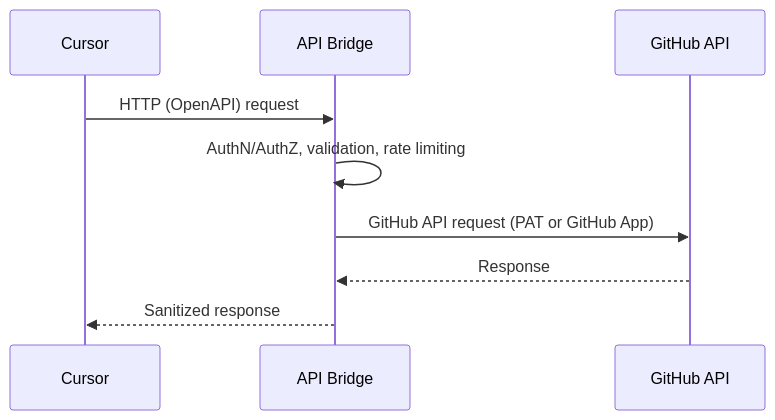
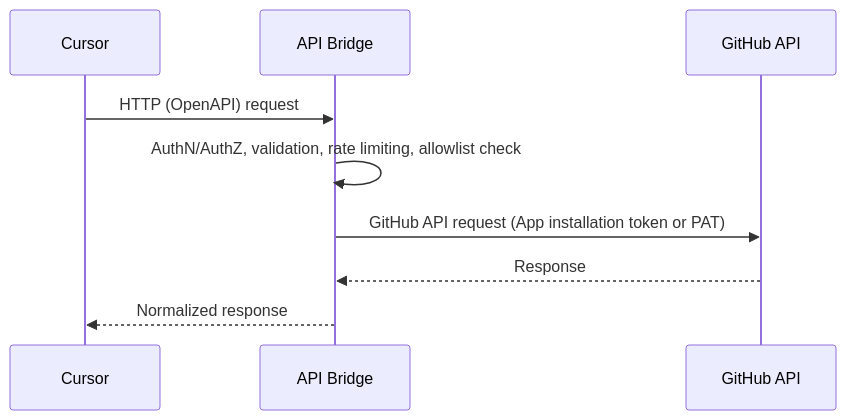
The diagram in docs/ARCHITECTURE.md (mGavryshchuk/GitHub_Connector), drawn with Mermaid before and after one commit. The commit also changed other lines of this file and 9 other files, not shown here.

Commit message:
feat(api): FastAPI PAT-based bridge skeleton with OpenAPI, Dockerfile, and config

````diff
--- a/docs/ARCHITECTURE.md
+++ b/docs/ARCHITECTURE.md
@@ -10,11 +10,11 @@
 ```mermaid
 sequenceDiagram
   participant C as Cursor
   participant B as API Bridge
   participant G as GitHub API
   C->>B: HTTP (OpenAPI) request
-  B->>B: AuthN/AuthZ, validation, rate limiting
-  B->>G: GitHub API request (PAT or GitHub App)
+  B->>B: AuthN/AuthZ, validation, rate limiting, allowlist check
+  B->>G: GitHub API request (App installation token or PAT)
   G-->>B: Response
-  B-->>C: Sanitized response
+  B-->>C: Normalized response
 ```
````
